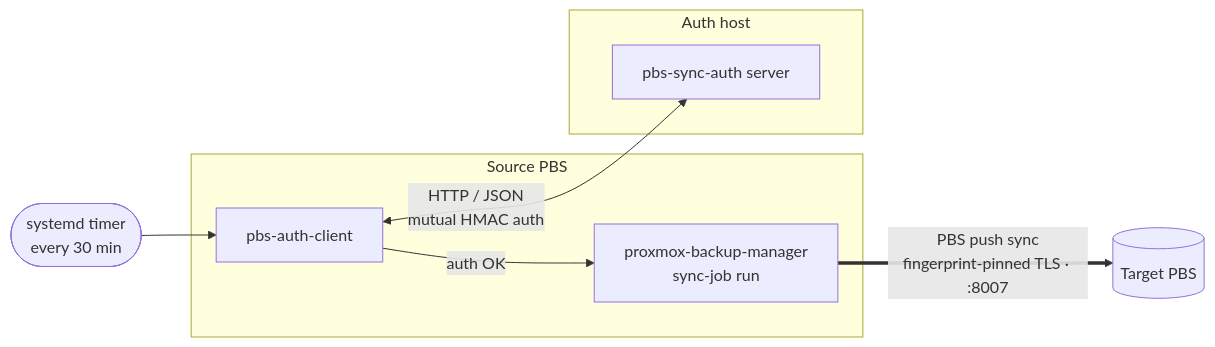
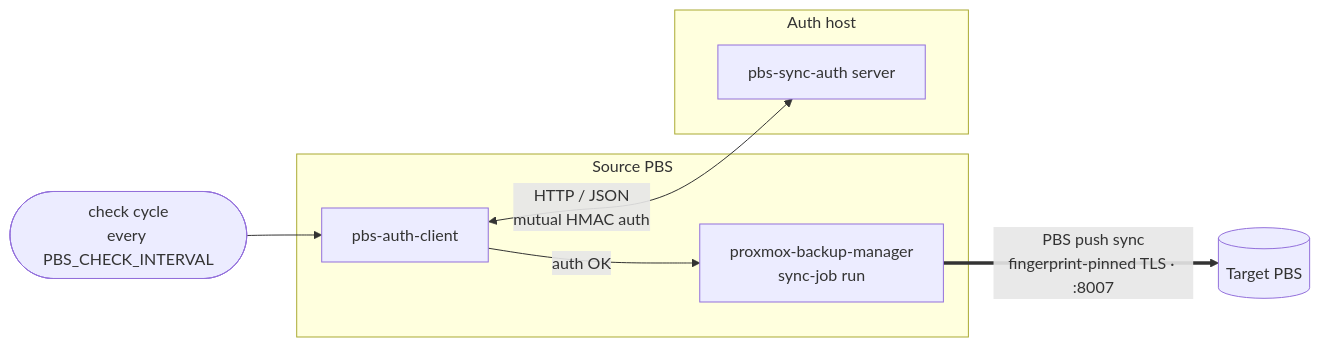
Before and after one commit to ftaeger/pbs-sync-auth: the diagram in README.md, drawn with Mermaid. The commit also changed other lines of this file and 18 other files, not shown here.

````diff
--- a/README.md
+++ b/README.md
@@ -33,17 +33,17 @@
 ```mermaid
 flowchart LR
-    T(["systemd timer<br/>every 30 min"]) --> C
+    T(["check cycle<br/>every PBS_CHECK_INTERVAL"]) --> C
 
     subgraph SRC ["Source PBS"]
         C["pbs-auth-client"]
         J["proxmox-backup-manager<br/>sync-job run"]
         C -->|"auth OK"| J
     end
 
     subgraph AUTH ["Auth host"]
         V["pbs-sync-auth server"]
     end
 
     C <-->|"HTTP / JSON<br/>mutual HMAC auth"| V
     J ==>|"PBS push sync<br/>fingerprint-pinned TLS · :8007"| TGT[("Target PBS")]
 ```
````
